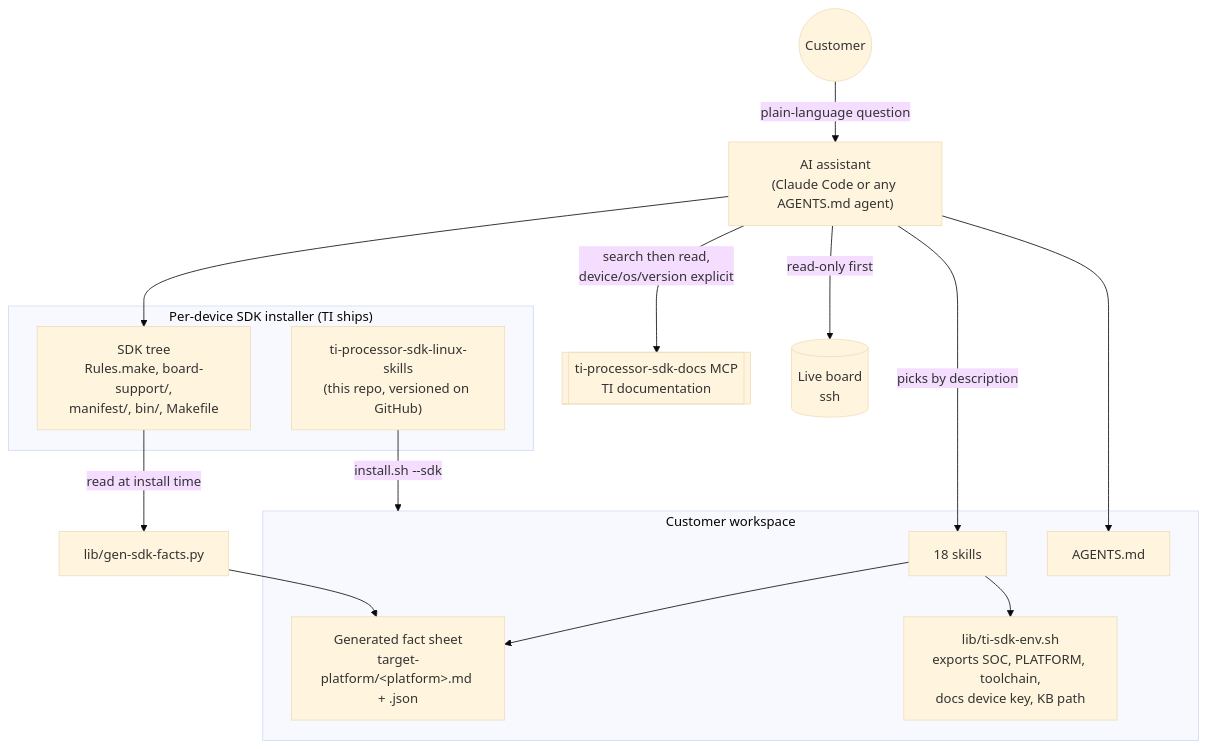
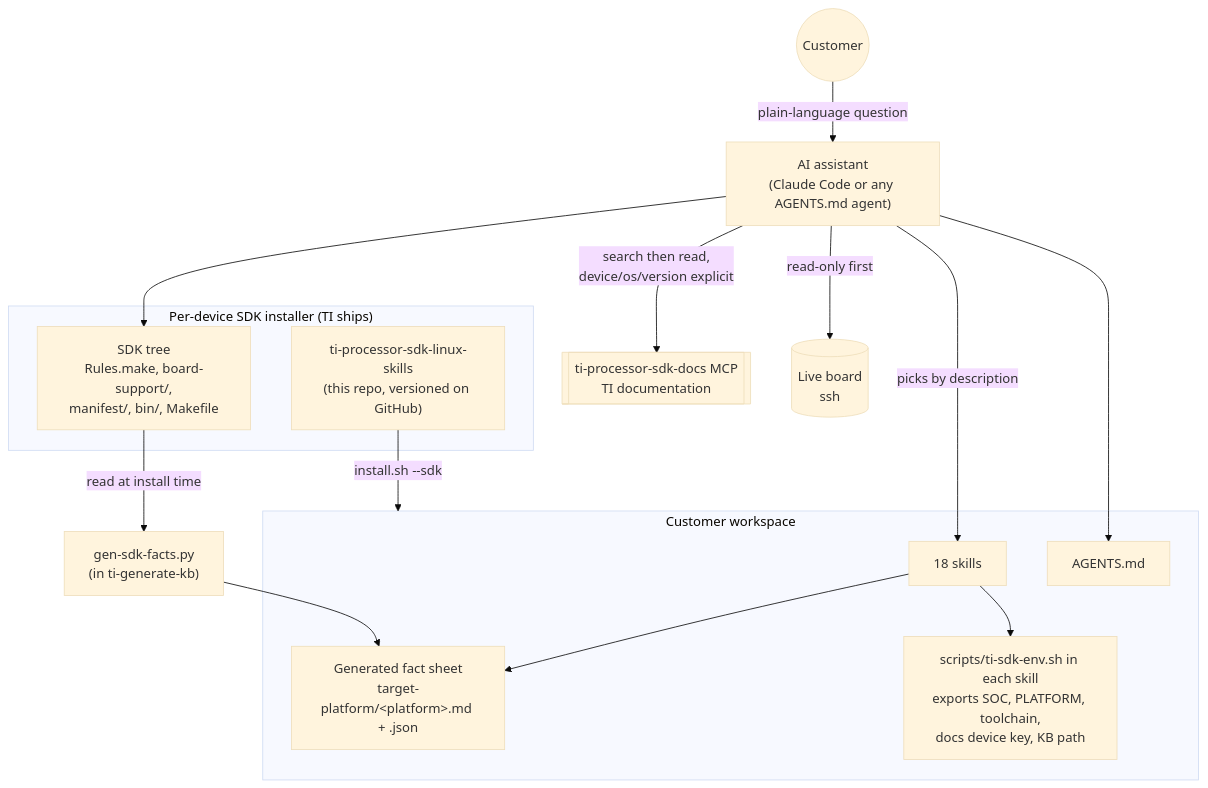
Before and after one commit to jeevantelukula/ti-processor-sdk-linux-skills: the second of 11 diagrams in docs/AGENTIC-SDK-GUIDE.md, drawn with Mermaid (base theme). The commit also changed other lines of this file and 4 other files, not shown here.

First line of the commit message:
install.sh, docs: install self-contained skills without lib/ and templates/

````diff
--- a/docs/AGENTIC-SDK-GUIDE.md
+++ b/docs/AGENTIC-SDK-GUIDE.md
@@ -67,24 +67,24 @@
 ```mermaid
 flowchart TB
     subgraph Installer["Per-device SDK installer (TI ships)"]
         SDK["SDK tree<br/>Rules.make, board-support/,<br/>manifest/, bin/, Makefile"]
         REPO["ti-processor-sdk-linux-skills<br/>(this repo, versioned on GitHub)"]
     end
     REPO -->|install.sh --sdk| WS
-    SDK -->|read at install time| GEN["lib/gen-sdk-facts.py"]
+    SDK -->|read at install time| GEN["gen-sdk-facts.py<br/>(in ti-generate-kb)"]
     GEN --> KB["Generated fact sheet<br/>target-platform/&lt;platform&gt;.md + .json"]
     subgraph WS["Customer workspace"]
         AG["AGENTS.md"]
         SK["18 skills"]
         KB
-        ENV["lib/ti-sdk-env.sh<br/>exports SOC, PLATFORM, toolchain,<br/>docs device key, KB path"]
+        ENV["scripts/ti-sdk-env.sh in each skill<br/>exports SOC, PLATFORM, toolchain,<br/>docs device key, KB path"]
     end
     USER((Customer)) -->|plain-language question| LLM["AI assistant<br/>(Claude Code or any AGENTS.md agent)"]
     LLM --> AG
     LLM -->|picks by description| SK
     SK --> ENV
     SK --> KB
     LLM -->|read-only first| BOARD[("Live board<br/>ssh")]
     LLM -->|search then read,<br/>device/os/version explicit| MCP[["ti-processor-sdk-docs MCP<br/>TI documentation"]]
     LLM --> SDK
 ```
````
